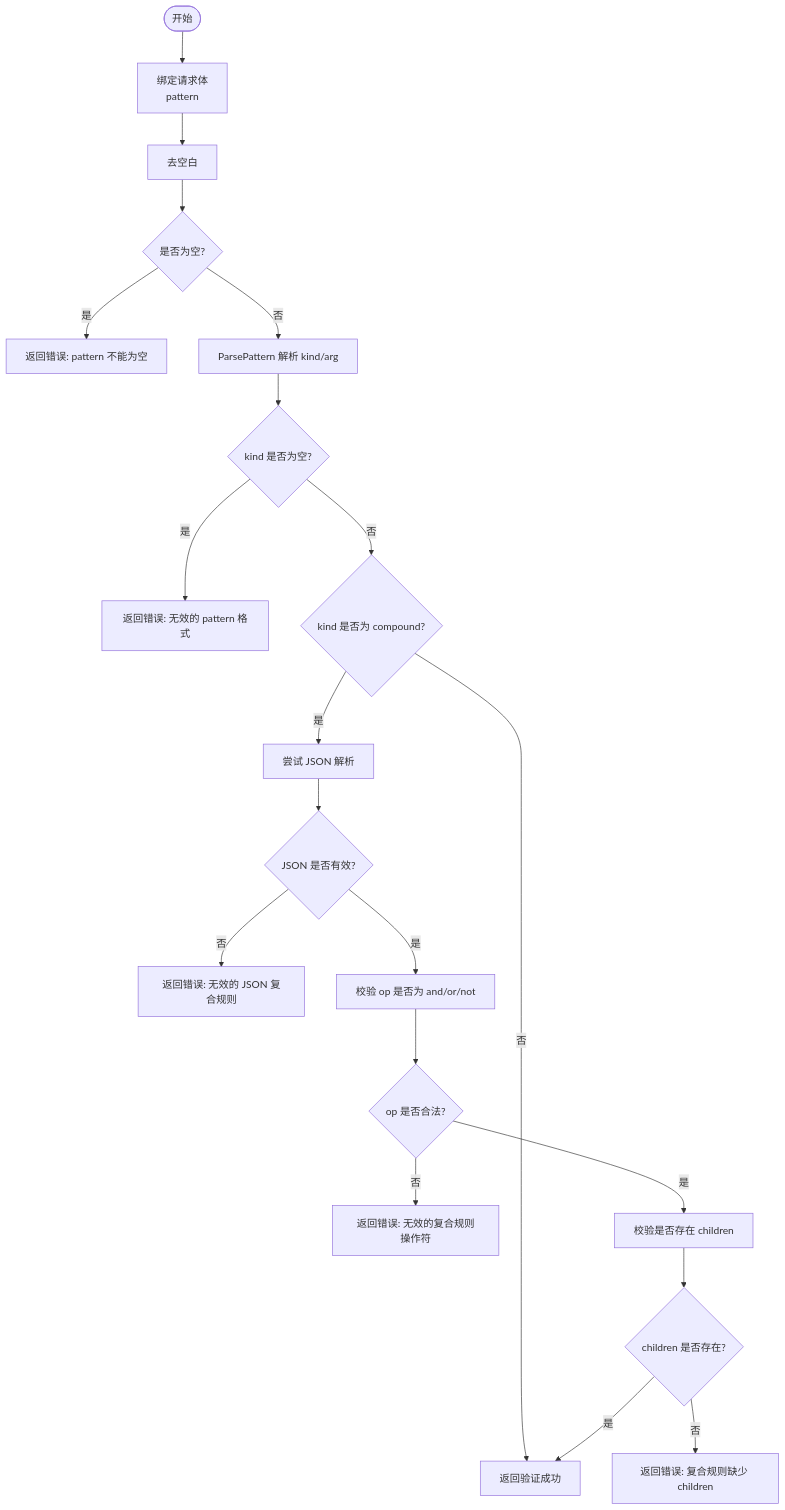
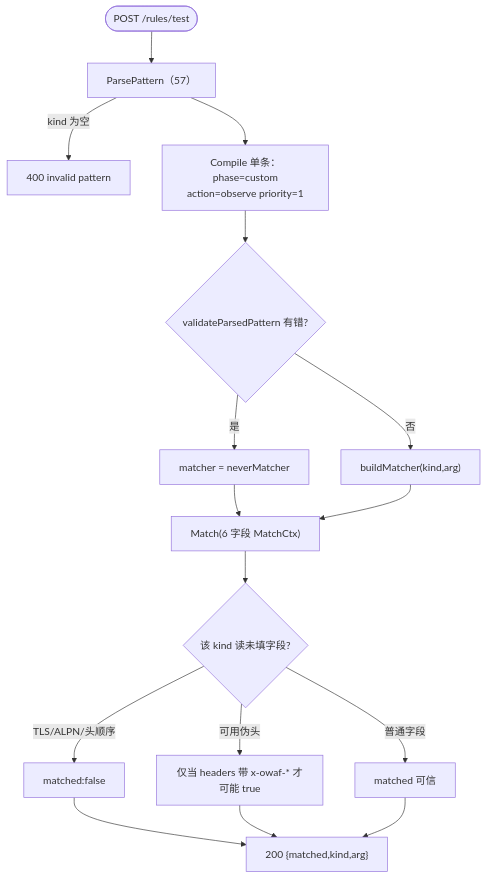
One commit to x01n/My-OpenWaf changed the fourth of 6 diagrams in docs/管理 API 系统/规则管理 API/规则验证与测试.md. Above: the diagram before and after it, drawn with Mermaid. The commit also changed other lines of this file and 622 other files, not shown here.

````diff
--- a/docs/管理 API 系统/规则管理 API/规则验证与测试.md
+++ b/docs/管理 API 系统/规则管理 API/规则验证与测试.md
@@ -146,22 +454,18 @@
 ```mermaid
 flowchart TD
-Start(["开始"]) --> Bind["绑定请求体<br/>pattern"]
-Bind --> Trim["去空白"]
-Trim --> Empty{"是否为空?"}
-Empty -- 是 --> E1["返回错误: pattern 不能为空"]
-Empty -- 否 --> Parse["ParsePattern 解析 kind/arg"]
-Parse --> KindEmpty{"kind 是否为空?"}
-KindEmpty -- 是 --> E2["返回错误: 无效的 pattern 格式"]
-KindEmpty -- 否 --> IsCompound{"kind 是否为 compound?"}
-IsCompound -- 否 --> OK["返回验证成功"]
-IsCompound -- 是 --> JSON["尝试 JSON 解析"]
-JSON --> JOK{"JSON 是否有效?"}
-JOK -- 否 --> E3["返回错误: 无效的 JSON 复合规则"]
-JOK -- 是 --> CheckOp["校验 op 是否为 and/or/not"]
-CheckOp --> OpOK{"op 是否合法?"}
-OpOK -- 否 --> E4["返回错误: 无效的复合规则操作符"]
-OpOK -- 是 --> HasChildren["校验是否存在 children"]
-HasChildren --> ChildOK{"children 是否存在?"}
-ChildOK -- 否 --> E5["返回错误: 复合规则缺少 children"]
-ChildOK -- 是 --> OK
+  T(["POST /rules/test"]) --> P1["ParsePattern（57）"]
+  P1 --> |kind 为空| E400["400 invalid pattern"]
+  P1 --> C1["Compile 单条：phase=custom<br/>action=observe priority=1"]
+  C1 --> V{"validateParsedPattern 有错?"}
+  V --> |是| NM["matcher = neverMatcher"]
+  V --> |否| BM["buildMatcher(kind,arg)"]
+  NM --> M2
+  BM --> M2["Match(6 字段 MatchCtx)"]
+  M2 --> Q{"该 kind 读未填字段?"}
+  Q --> |TLS/ALPN/头顺序| F["matched:false"]
+  Q --> |可用伪头| H["仅当 headers 带 x-owaf-* 才可能 true"]
+  Q --> |普通字段| R["matched 可信"]
+  F --> OUT["200 {matched,kind,arg}"]
+  H --> OUT
+  R --> OUT
 ```
````
